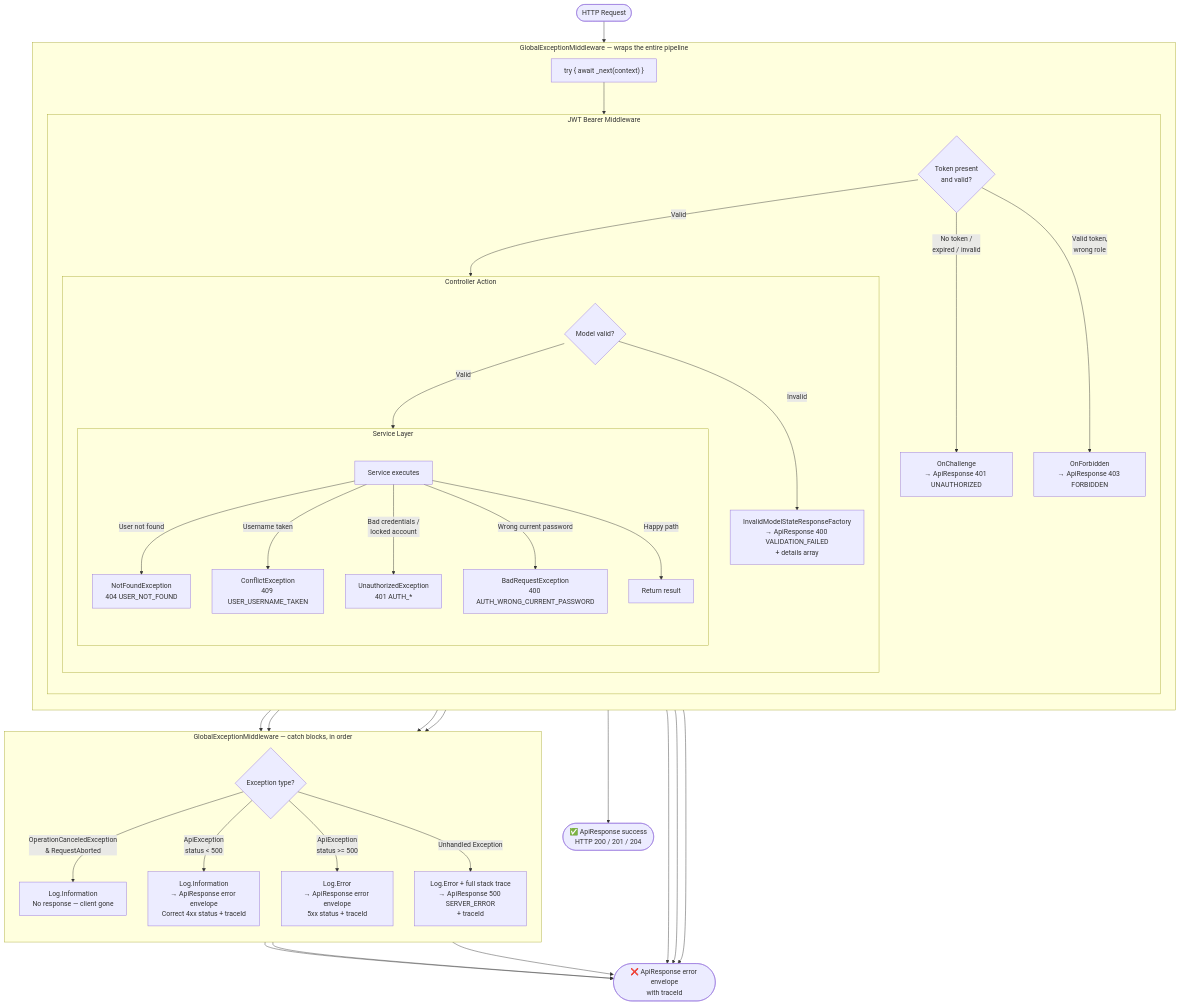
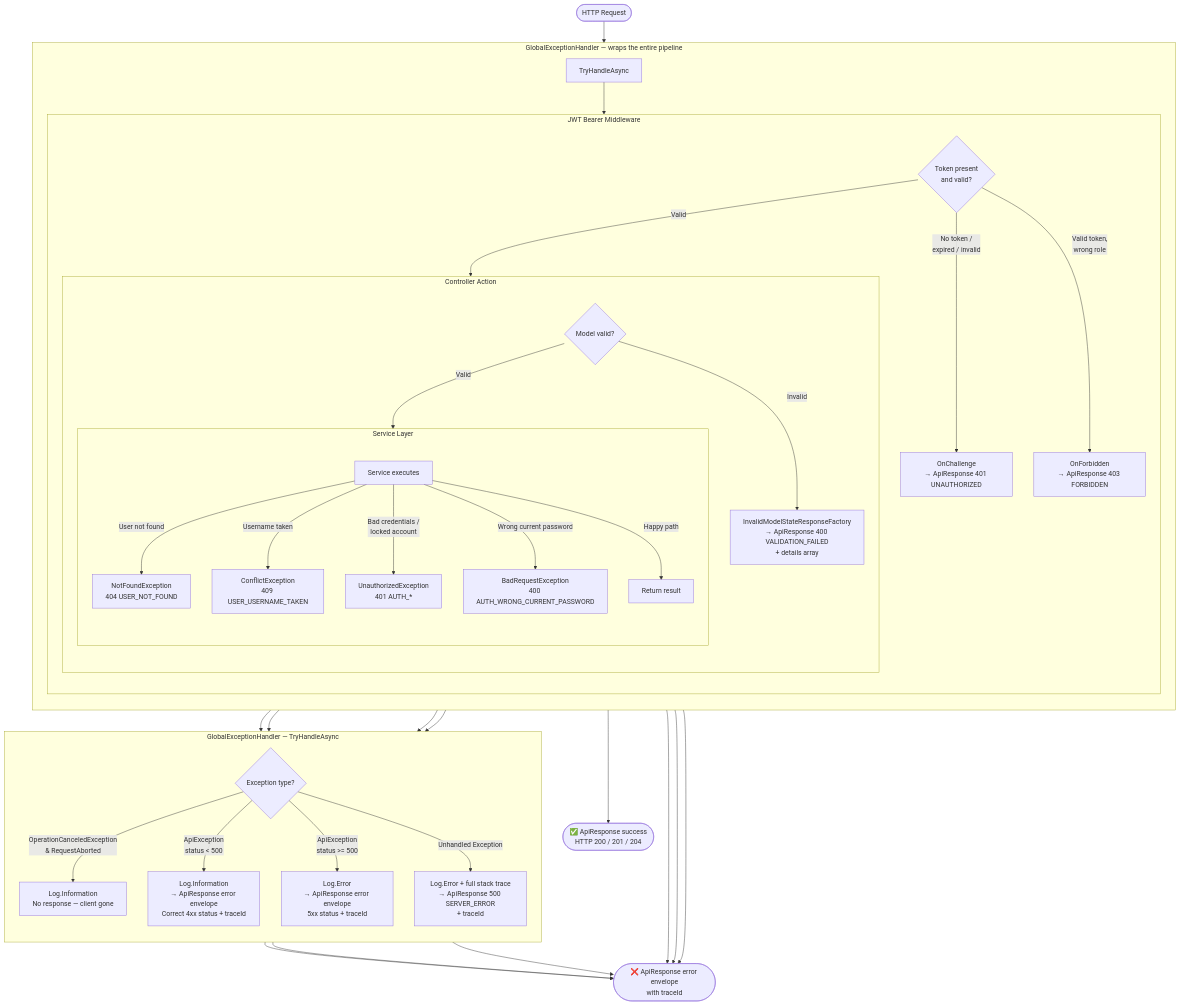
The diagram in Api/Documentation/exception_flow.md (SahandMohammed/Prive), drawn with Mermaid before and after one commit. The commit also changed other lines of this file and 21 other files, not shown here.

First line of the commit message:
Refactor architecture documentation and error handling

````diff
--- a/Api/Documentation/exception_flow.md
+++ b/Api/Documentation/exception_flow.md
@@ -31,50 +31,50 @@
 ```mermaid
 flowchart TD
     A([HTTP Request]) --> MW_IN
 
-    subgraph MW ["GlobalExceptionMiddleware — wraps the entire pipeline"]
+    subgraph MW ["GlobalExceptionHandler — wraps the entire pipeline"]
       direction TB
-      MW_IN["try { await _next(context) }"] --> JWT
+      MW_IN["TryHandleAsync"] --> JWT
     end
 
     subgraph JWT ["JWT Bearer Middleware"]
       direction TB
       J1{Token present\nand valid?}
       J1 -->|"No token /\nexpired / invalid"| J_401["OnChallenge\n→ ApiResponse 401 UNAUTHORIZED"]
       J1 -->|"Valid token,\nwrong role"| J_403["OnForbidden\n→ ApiResponse 403 FORBIDDEN"]
       J1 -->|Valid| CTRL
     end
 
     subgraph CTRL ["Controller Action"]
       direction TB
       VAL{Model valid?}
       VAL -->|Invalid| V_400["InvalidModelStateResponseFactory\n→ ApiResponse 400 VALIDATION_FAILED\n+ details array"]
       VAL -->|Valid| SVC[Call service method]
     end
 
     subgraph SVC ["Service Layer"]
       direction TB
       SVC_CALL[Service executes]
       SVC_CALL -->|User not found| EX1["NotFoundException\n404 USER_NOT_FOUND"]
       SVC_CALL -->|Username taken| EX2["ConflictException\n409 USER_USERNAME_TAKEN"]
       SVC_CALL -->|"Bad credentials /\nlocked account"| EX3["UnauthorizedException\n401 AUTH_*"]
       SVC_CALL -->|Wrong current password| EX4["BadRequestException\n400 AUTH_WRONG_CURRENT_PASSWORD"]
       SVC_CALL -->|Happy path| OK[Return result]
     end
 
     OK --> RESP_OK(["✅ ApiResponse success\nHTTP 200 / 201 / 204"])
 
     EX1 & EX2 & EX3 & EX4 --> MW_CATCH
 
-    subgraph MW_CATCH ["GlobalExceptionMiddleware — catch blocks, in order"]
+    subgraph MW_CATCH ["GlobalExceptionHandler — TryHandleAsync"]
       direction TB
       C1{Exception type?}
       C1 -->|"OperationCanceledException\n& RequestAborted"| C_CANCEL["Log.Information\nNo response — client gone"]
       C1 -->|"ApiException\nstatus < 500"| C_4XX["Log.Information\n→ ApiResponse error envelope\nCorrect 4xx status + traceId"]
       C1 -->|"ApiException\nstatus >= 500"| C_5XX_D["Log.Error\n→ ApiResponse error envelope\n5xx status + traceId"]
       C1 -->|Unhandled Exception| C_500["Log.Error + full stack trace\n→ ApiResponse 500 SERVER_ERROR\n+ traceId"]
     end
 
     C_4XX & C_5XX_D & C_500 --> RESP_ERR(["❌ ApiResponse error envelope\nwith traceId"])
     J_401 & J_403 & V_400 --> RESP_ERR
 ```
````
